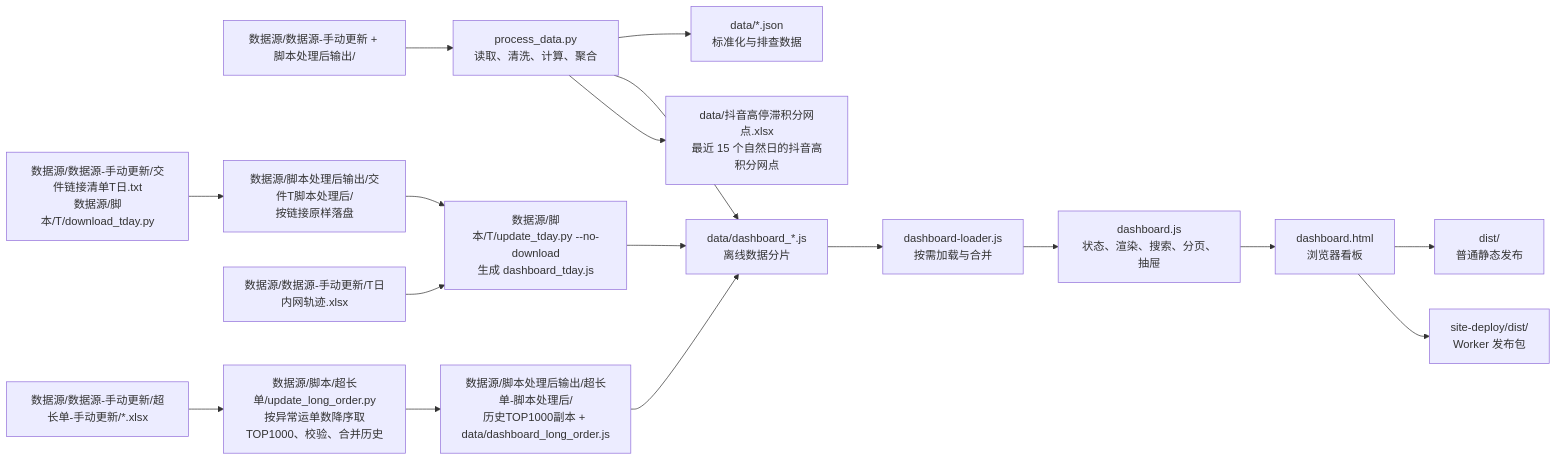
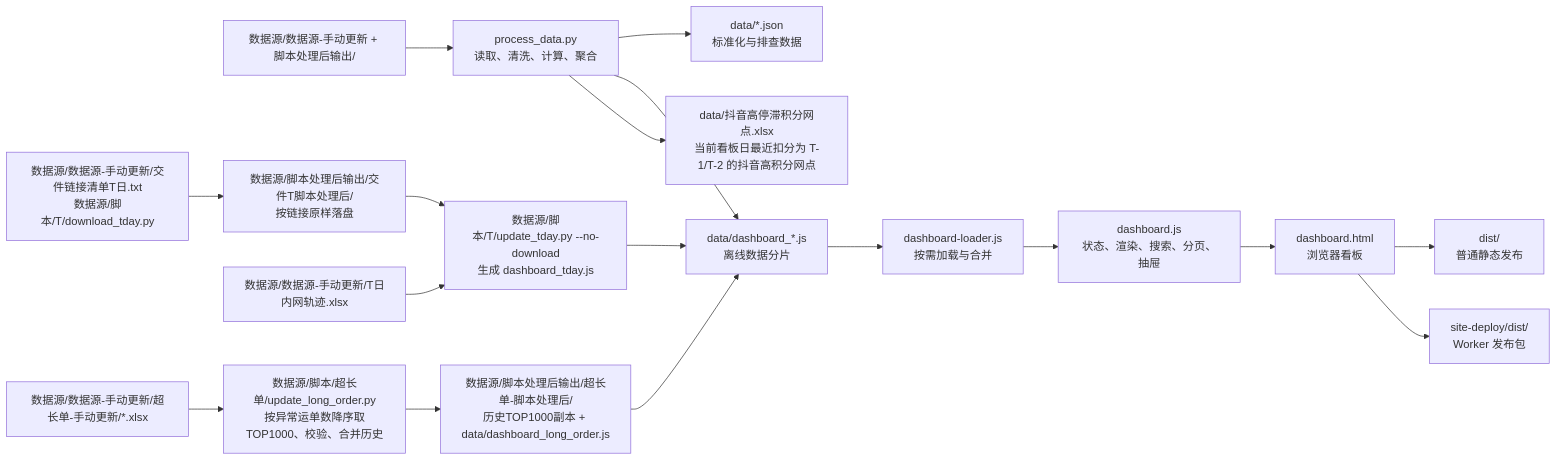
The diagram in 项目交接文档.md (vito-xia/jiaojian), drawn with Mermaid before and after one commit. The commit also changed other lines of this file and 6 other files, not shown here.

````diff
--- a/项目交接文档.md
+++ b/项目交接文档.md
@@ -64,19 +64,19 @@
 ```mermaid
 flowchart LR
     A["数据源/数据源-手动更新 + 脚本处理后输出/"] --> B["process_data.py<br/>读取、清洗、计算、聚合"]
     T["数据源/数据源-手动更新/交件链接清单T日.txt<br/>数据源/脚本/T/download_tday.py"] --> U["数据源/脚本处理后输出/交件T脚本处理后/<br/>按链接原样落盘"]
     X["数据源/数据源-手动更新/T日内网轨迹.xlsx"] --> V
     U --> V["数据源/脚本/T/update_tday.py --no-download<br/>生成 dashboard_tday.js"]
     B --> C["data/*.json<br/>标准化与排查数据"]
     B --> D["data/dashboard_*.js<br/>离线数据分片"]
-    B --> XL["data/抖音高停滞积分网点.xlsx<br/>最近 15 个自然日的抖音高积分网点"]
+    B --> XL["data/抖音高停滞积分网点.xlsx<br/>当前看板日最近扣分为 T-1/T-2 的抖音高积分网点"]
     V --> D
     LO["数据源/数据源-手动更新/超长单-手动更新/*.xlsx"] --> LP["数据源/脚本/超长单/update_long_order.py<br/>按异常运单数降序取TOP1000、校验、合并历史"]
     LP --> LD["数据源/脚本处理后输出/超长单-脚本处理后/<br/>历史TOP1000副本 + data/dashboard_long_order.js"]
     LD --> D
     D --> E["dashboard-loader.js<br/>按需加载与合并"]
     E --> F["dashboard.js<br/>状态、渲染、搜索、分页、抽屉"]
     F --> G["dashboard.html<br/>浏览器看板"]
     G --> H["dist/<br/>普通静态发布"]
     G --> I["site-deploy/dist/<br/>Worker 发布包"]
 ```
````
